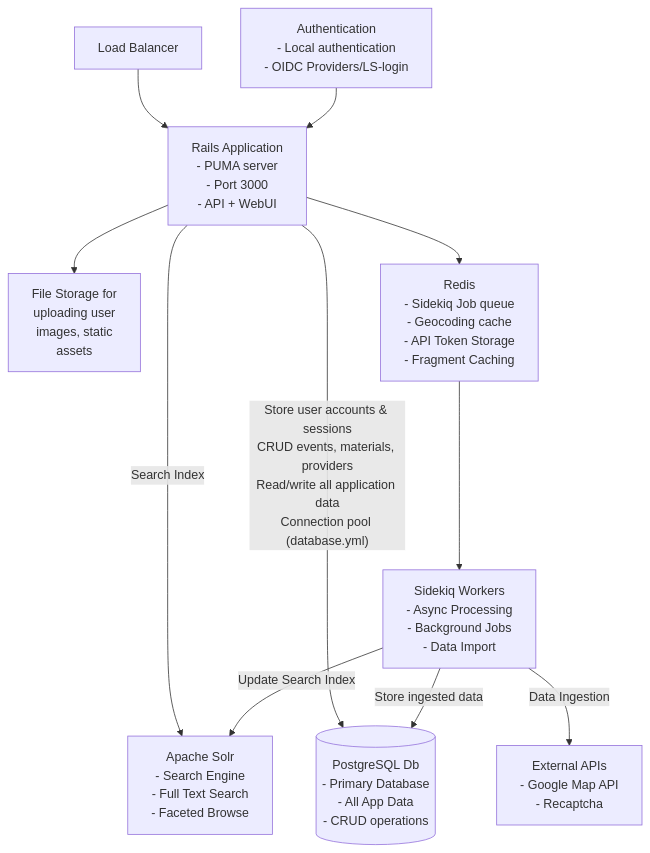
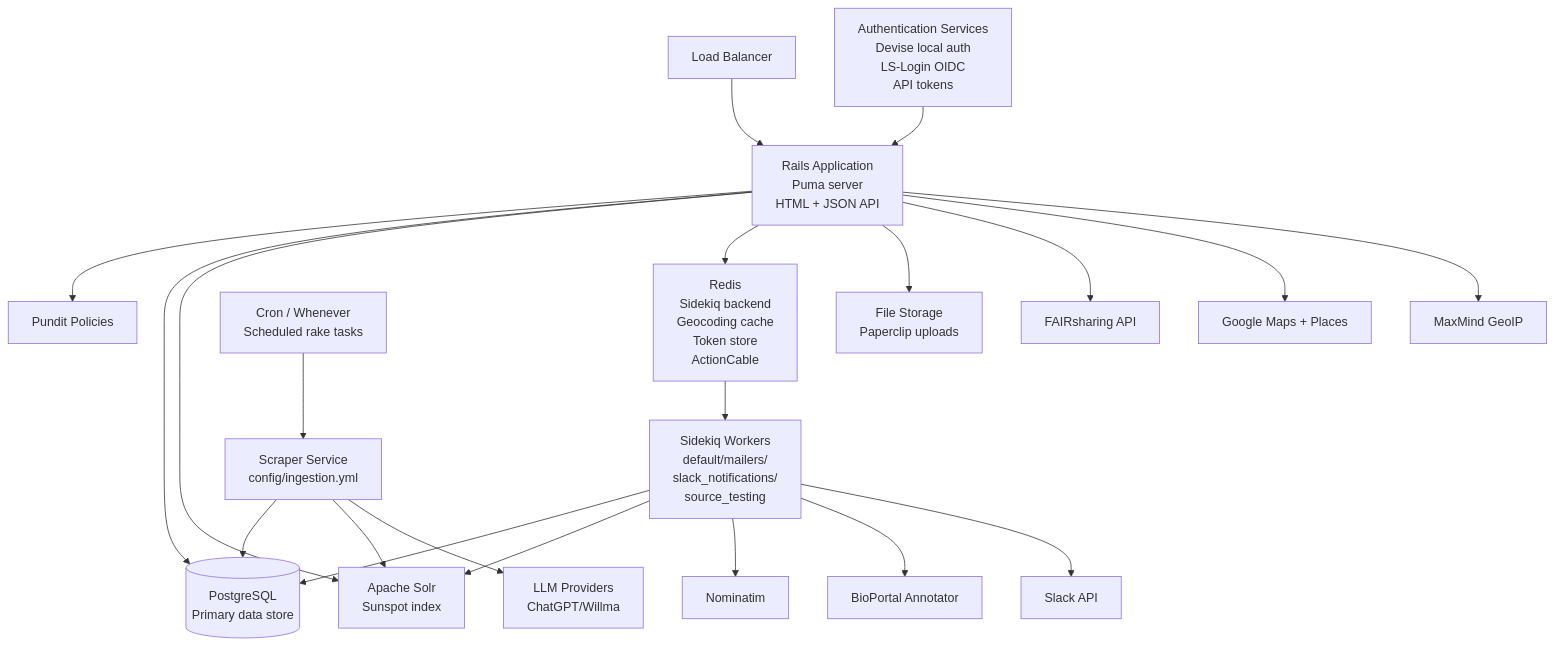
One commit to SciLifeLab-TrainingHub-Platform/TeSS changed the first of 5 diagrams in docs/architecture-diagram.md. Above: the diagram before and after it, drawn with Mermaid. The commit also changed other lines of this file and 2 other files, not shown here.

First line of the commit message:
Clarify architecture docs with verified config references

````diff
--- a/docs/architecture-diagram.md
+++ b/docs/architecture-diagram.md
@@ -27,38 +29,55 @@
 ```mermaid
 graph TD
-    %% External Layer
+%% Entry points
     LB[Load Balancer]
-    
-    %% Authentication
-    Auth[Authentication<br/>- Local authentication<br/>- OIDC Providers/LS-login]
-    
-    %% Application Core
-    Rails[Rails Application<br/>- PUMA server<br/>- Port 3000<br/>- API + WebUI]
-    
-    %% Storage Systems
-    FileStorage[File Storage for<br/>uploading user<br/>images, static<br/>assets]
-    
-    Redis[Redis<br/>- Sidekiq Job queue<br/>- Geocoding cache<br/>- API Token Storage<br/>- Fragment Caching]
-    
-    PostgreSQL[(PostgreSQL Db<br/>- Primary Database<br/>- All App Data<br/>- CRUD operations)]
-    
-    Solr[Apache Solr<br/>- Search Engine<br/>- Full Text Search<br/>- Faceted Browse]
-    
-    %% Background Processing
-    Sidekiq[Sidekiq Workers<br/>- Async Processing<br/>- Background Jobs<br/>- Data Import]
-    
-    %% External Services
-    ExternalAPIs[External APIs<br/>- Google Map API<br/>- Recaptcha]
-    
-    %% Connections
+    Auth[Authentication Services<br/>Devise local auth<br/>LS-Login OIDC<br/>API tokens]
+
+%% Runtime
+    Rails[Rails Application<br/>Puma server<br/>HTML + JSON API]
+    Pundit[Pundit Policies]
+
+%% Storage Systems
+    PostgreSQL[(PostgreSQL<br/>Primary data store)]
+    Solr[Apache Solr<br/>Sunspot index]
+    Redis[Redis<br/>Sidekiq backend<br/>Geocoding cache<br/>Token store<br/>ActionCable]
+    Files[File Storage<br/>Paperclip uploads]
+
+%% Background Processing
+    Cron[Cron / Whenever<br/>Scheduled rake tasks]
+    Scraper[Scraper Service<br/>config/ingestion.yml]
+    Sidekiq[Sidekiq Workers<br/>default/mailers/<br/>slack_notifications/<br/>source_testing]
+
+%% External integrations
+    Geo[Nominatim]
+    BioPortal[BioPortal Annotator]
+    Slack[Slack API]
+    Fairsharing[FAIRsharing API]
+    LLM[LLM Providers<br/>ChatGPT/Willma]
+    Maps[Google Maps + Places]
+    GeoIP[MaxMind GeoIP]
+
+%% Flows
     LB --> Rails
     Auth --> Rails
-    Rails --> FileStorage
-    Rails -->|Search Index| Solr
-    Rails -->|"Store user accounts & sessions<br/>CRUD events, materials, providers<br/>Read/write all application data<br/>Connection pool (database.yml)"| PostgreSQL
+    Rails --> Pundit
+    Rails --> PostgreSQL
+    Rails --> Solr
     Rails --> Redis
+    Rails --> Files
+
+    Cron --> Scraper
+    Scraper --> PostgreSQL
+    Scraper --> Solr
+    Scraper --> LLM
+
     Redis --> Sidekiq
-    Sidekiq -->|Store ingested data| PostgreSQL
-    Sidekiq -->|Update Search Index| Solr
-    Sidekiq -->|Data Ingestion| ExternalAPIs
+    Sidekiq --> PostgreSQL
+    Sidekiq --> Solr
+    Sidekiq --> Geo
+    Sidekiq --> BioPortal
+    Sidekiq --> Slack
+
+    Rails --> Fairsharing
+    Rails --> Maps
+    Rails --> GeoIP
 ```
````
